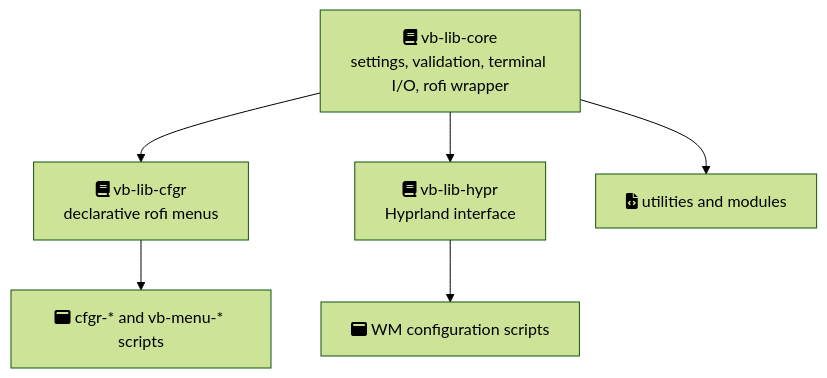
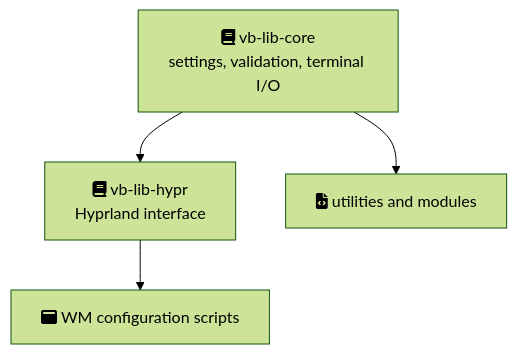
Before and after one commit to shvedes/vibranium: the first of 2 diagrams in docs/understanding/how-it-works.md, drawn with Mermaid (forest theme). The commit also changed other lines of this file and 1271 other files, not shown here.

````diff
--- a/docs/understanding/how-it-works.md
+++ b/docs/understanding/how-it-works.md
@@ -41,15 +41,11 @@
 ```mermaid
 flowchart TD
-    CORE[fa:fa-book vb-lib-core<br/>settings, validation, terminal I/O, rofi wrapper]
-    CFGR[fa:fa-book vb-lib-cfgr<br/>declarative rofi menus]
+    CORE[fa:fa-book vb-lib-core<br/>settings, validation, terminal I/O]
     HYPR[fa:fa-book vb-lib-hypr<br/>Hyprland interface]
-    MENUS[fa:fa-window-maximize cfgr-* and vb-menu-* scripts]
     WM[fa:fa-window-maximize WM configuration scripts]
     REST[fa:fa-file-code utilities and modules]
 
-    CORE --> CFGR
     CORE --> HYPR
     CORE --> REST
-    CFGR --> MENUS
     HYPR --> WM
 ```
````
